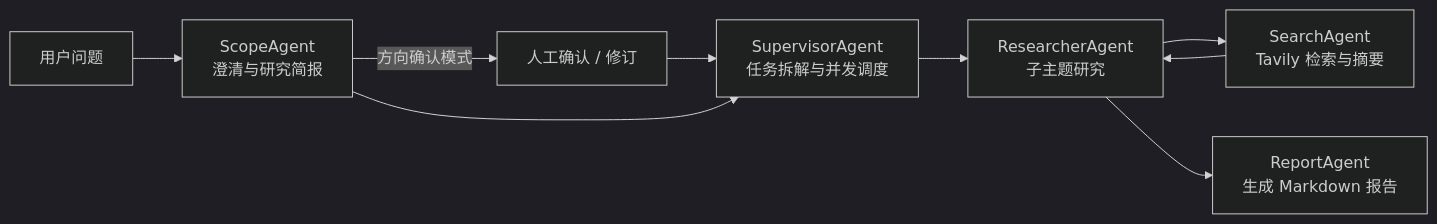
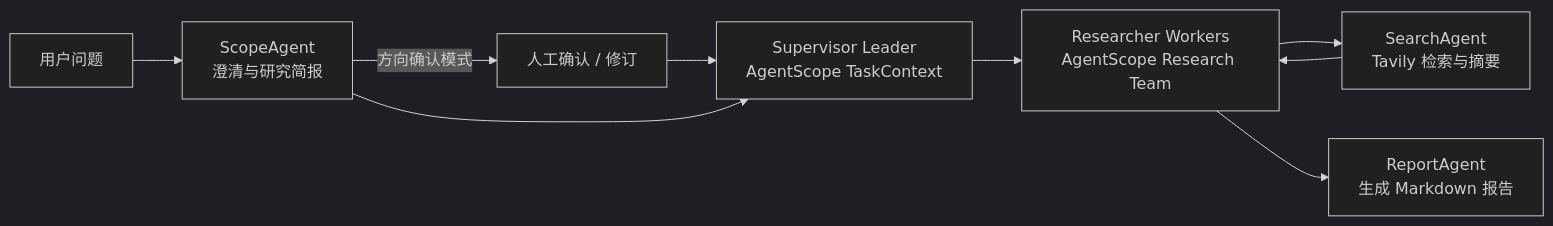
The diagram in README.md (haotangyuan/deep-research), drawn with Mermaid (dark theme) before and after one commit. The commit also changed other lines of this file and 41 other files, not shown here.

````diff
--- a/README.md
+++ b/README.md
@@ -35,11 +35,11 @@
 ```mermaid
 flowchart LR
     User["用户问题"] --> Scope["ScopeAgent<br/>澄清与研究简报"]
     Scope -->|"方向确认模式"| HITL["人工确认 / 修订"]
     HITL --> Supervisor
-    Scope --> Supervisor["SupervisorAgent<br/>任务拆解与并发调度"]
-    Supervisor --> Researcher["ResearcherAgent<br/>子主题研究"]
+    Scope --> Supervisor["Supervisor Leader<br/>AgentScope TaskContext"]
+    Supervisor --> Researcher["Researcher Workers<br/>AgentScope Research Team"]
     Researcher --> Search["SearchAgent<br/>Tavily 检索与摘要"]
     Search --> Researcher
     Researcher --> Report["ReportAgent<br/>生成 Markdown 报告"]
 ```
````
